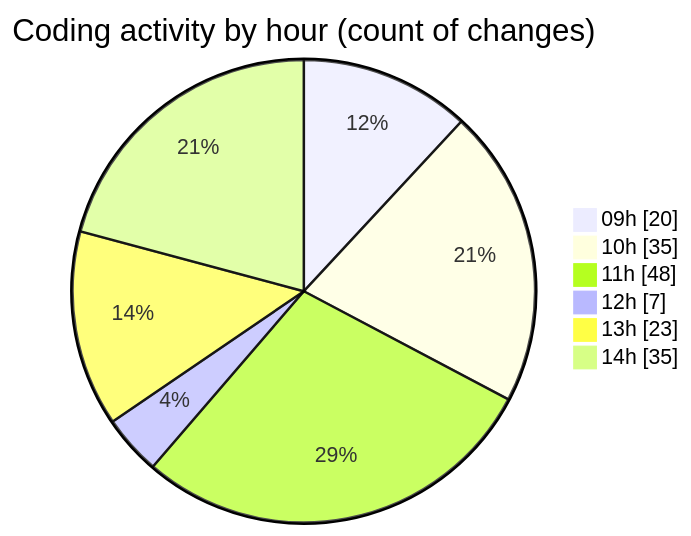
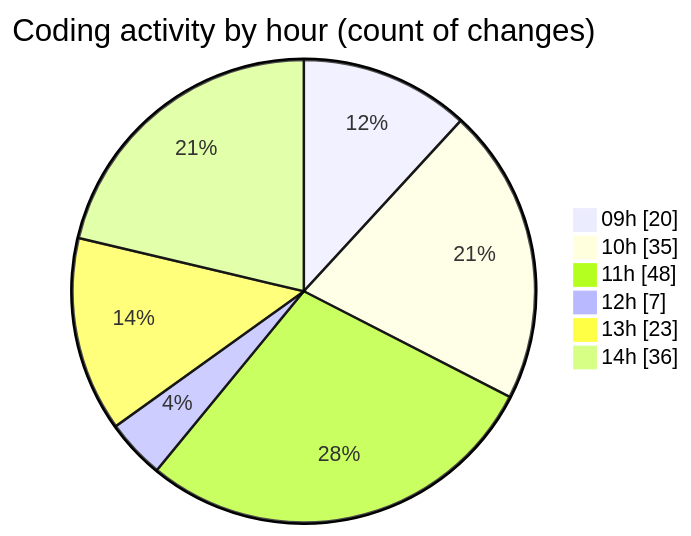
One commit to CELIANVF/code-tracking changed the second of 2 diagrams in 2025-06-10/ecodeli-1/README.md. Above: the diagram before and after it, drawn with Mermaid. The commit also changed other lines of this file and 1 other file, not shown here.

````diff
--- a/2025-06-10/ecodeli-1/README.md
+++ b/2025-06-10/ecodeli-1/README.md
@@ -90,10 +90,10 @@
 ```mermaid
 pie showData
 title Coding activity by hour (count of changes)
 "09h" : 20
 "10h" : 35
 "11h" : 48
 "12h" : 7
 "13h" : 23
-"14h" : 35
+"14h" : 36
 ```
````
